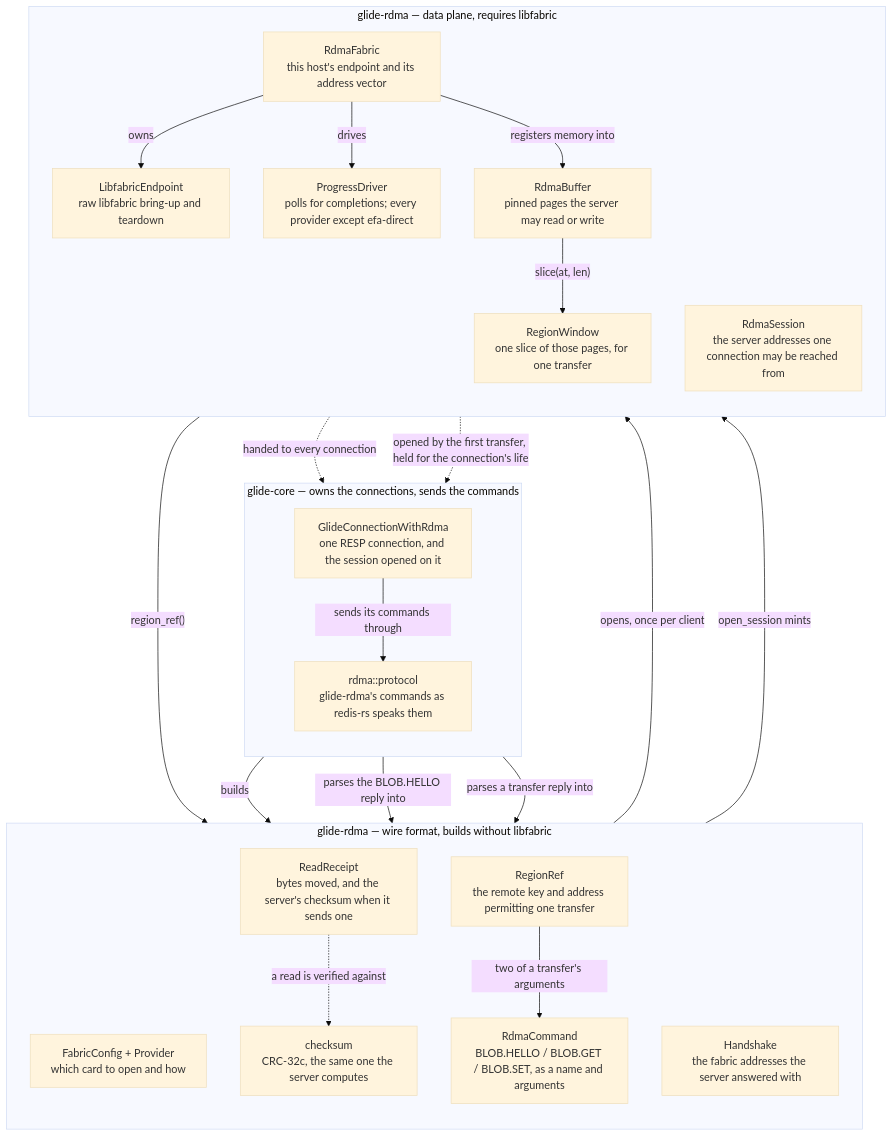
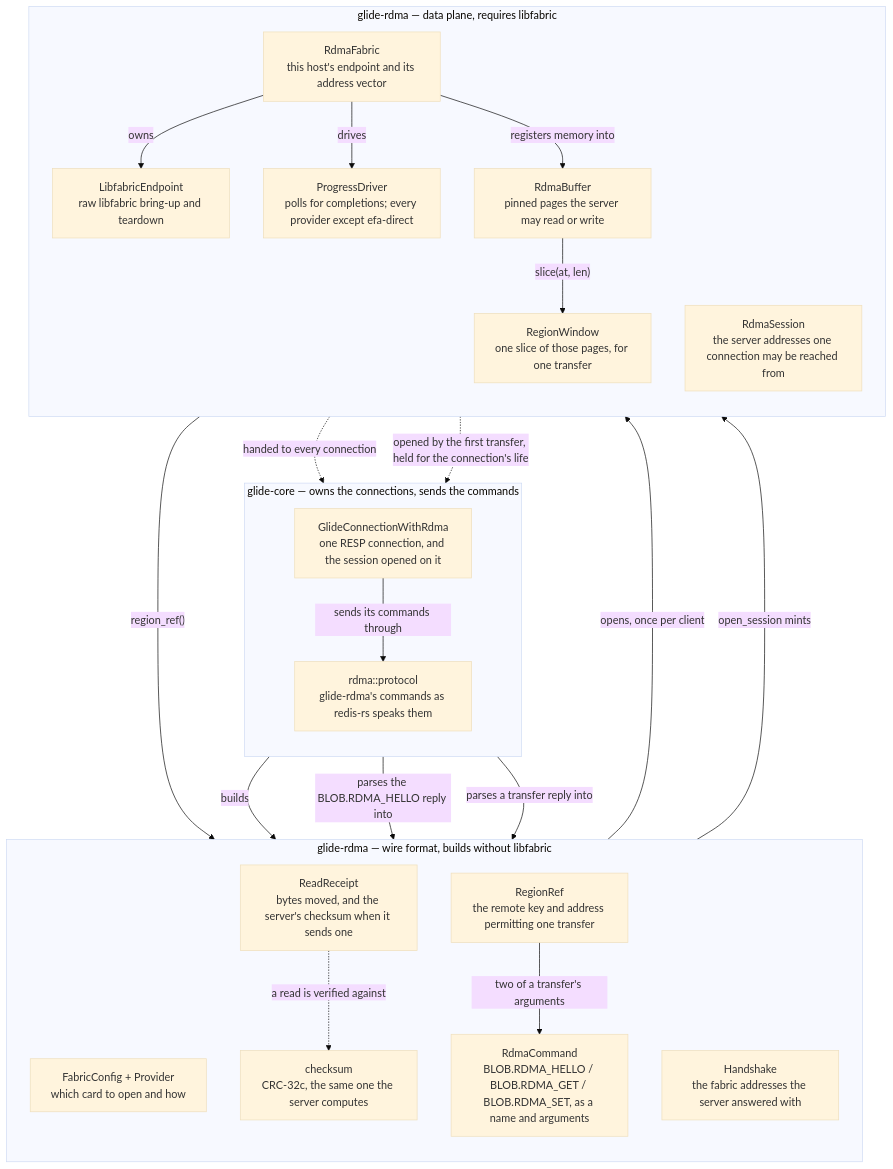
The diagram in docs/RDMA_CLIENT_INTEGRATIONS_DESIGN.md (neerajr0/valkey-large-object), drawn with Mermaid (base theme) before and after one commit. The commit also changed other lines of this file and 21 other files, not shown here.

Commit message:
split command syntax into tcp/rdma paths

````diff
--- a/docs/RDMA_CLIENT_INTEGRATIONS_DESIGN.md
+++ b/docs/RDMA_CLIENT_INTEGRATIONS_DESIGN.md
@@ -103,45 +103,45 @@
     ```mermaid
     flowchart TB
       subgraph GCORE["glide-core — owns the connections, sends the commands"]
         direction TB
         CONN["GlideConnectionWithRdma<br/>one RESP connection, and the session opened on it"]
         PROTO["rdma::protocol<br/>glide-rdma's commands as redis-rs speaks them"]
       end
 
       subgraph WIRE["glide-rdma — wire format, builds without libfabric"]
         direction TB
         FC["FabricConfig + Provider<br/>which card to open and how"]
-        CMD["RdmaCommand<br/>BLOB.HELLO / BLOB.GET / BLOB.SET, as a name and arguments"]
+        CMD["RdmaCommand<br/>BLOB.RDMA_HELLO / BLOB.RDMA_GET / BLOB.RDMA_SET, as a name and arguments"]
         ADV["RegionRef<br/>the remote key and address permitting one transfer"]
         HS["Handshake<br/>the fabric addresses the server answered with"]
         RCPT["ReadReceipt<br/>bytes moved, and the server's checksum when it sends one"]
         CK["checksum<br/>CRC-32c, the same one the server computes"]
       end
 
       subgraph DP["glide-rdma — data plane, requires libfabric"]
         direction TB
         FAB["RdmaFabric<br/>this host's endpoint and its address vector"]
         SESS["RdmaSession<br/>the server addresses one connection may be reached from"]
         BUF["RdmaBuffer<br/>pinned pages the server may read or write"]
         WIN["RegionWindow<br/>one slice of those pages, for one transfer"]
         EP["LibfabricEndpoint<br/>raw libfabric bring-up and teardown"]
         PROG["ProgressDriver<br/>polls for completions; every provider except efa-direct"]
       end
 
       CONN -->|"sends its commands through"| PROTO
       PROTO -->|builds| CMD
-      PROTO -->|"parses the BLOB.HELLO reply into"| HS
+      PROTO -->|"parses the BLOB.RDMA_HELLO reply into"| HS
       PROTO -->|"parses a transfer reply into"| RCPT
       RCPT -.->|"a read is verified against"| CK
 
       FC -->|"opens, once per client"| FAB
       FAB -.->|"handed to every connection"| CONN
       FAB -->|owns| EP
       FAB -->|drives| PROG
       FAB -->|"registers memory into"| BUF
       BUF -->|"slice(at, len)"| WIN
       WIN -->|"region_ref()"| ADV
       ADV -->|"two of a transfer's arguments"| CMD
       HS -->|"open_session mints"| SESS
       SESS -.->|"opened by the first transfer, held for the connection's life"| CONN
     ```
````
